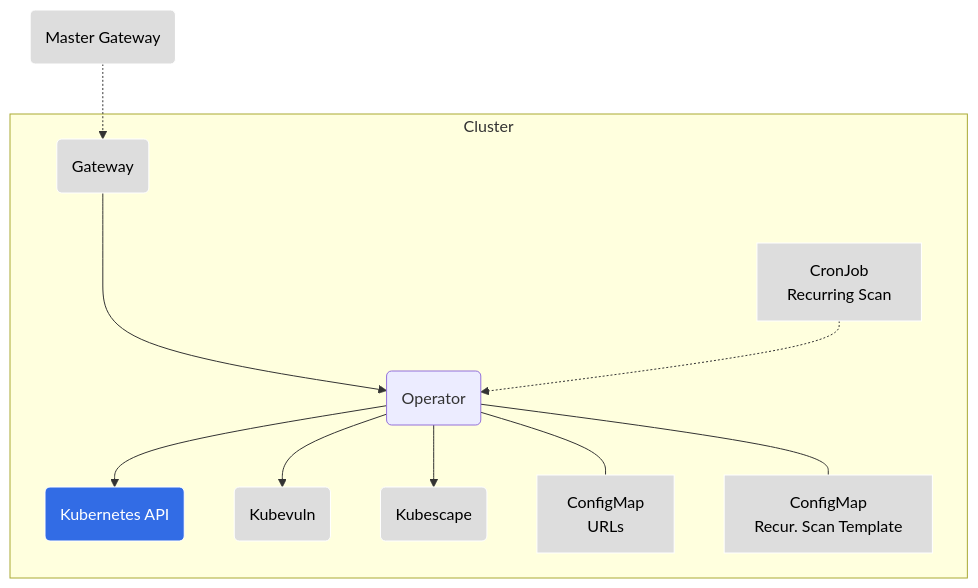
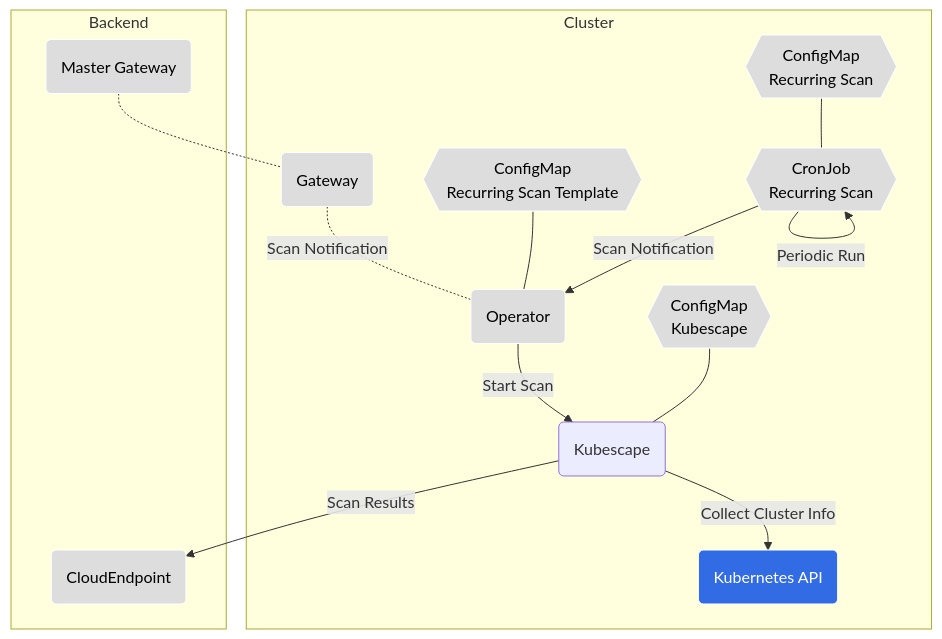
One commit to rmg76/webhook changed the third of 3 diagrams in README.md. Above: the diagram before and after it, drawn with Mermaid. The commit also changed other lines of this file, not shown here.

````diff
--- a/README.md
+++ b/README.md
@@ -42,26 +74,37 @@
 ```mermaid
 graph TB
-  subgraph Cluster
-    gw(Gateway)
+
+subgraph Cluster
+    ks(Kubescape)
+    k8sApi(Kubernetes API)
     operator(Operator)
-    k8sApi(Kubernetes API)
-    kubevuln(Kubevuln)
-    ks(Kubescape)
-    urlCm[ConfigMap<br>URLs]
-    recurringTempCm[ConfigMap<br>Recur. Scan Template]
-    recurringScanCj[CronJob<br>Recurring Scan]
-  end
-   masterGw(Master Gateway) -.-> gw
-    gw ---> operator
-    recurringScanCj -.-> operator
-    operator --> ks
-    operator --> kubevuln
-    operator --> k8sApi
-    operator --- urlCm
-    operator --- recurringTempCm
+    gateway(Gateway)
+    ksCm{{ConfigMap<br>Kubescape}}
+    recurringScanCj{{CronJob<br>Recurring Scan}}
+    recurringScanCm{{ConfigMap<br>Recurring Scan}}
+    recurringTempCm{{ConfigMap<br>Recurring Scan Template}}
+end
 
-  classDef k8s fill:#326ce5,stroke:#fff,stroke-width:1px,color:#fff;
-  classDef plain fill:#ddd,stroke:#fff,stroke-width:1px,color:#000;
-  class k8sApi k8s
-  class ks,gw,masterGw,urlCm,recurringScanCj,recurringTempCm,kubevuln plain
-  ```
+masterGateway .- gateway
+gateway .-|Scan Notification| operator 
+operator -->|Start Scan| ks
+ks-->|Collect Cluster Info|k8sApi
+ksCm --- ks 
+recurringTempCm --- operator
+recurringScanCj -->|Periodic Run| recurringScanCj
+recurringScanCj -->|Scan Notification| operator
+recurringScanCm --- recurringScanCj
+subgraph Backend
+    er(CloudEndpoint)
+    masterGateway("Master Gateway") 
+    ks -->|Scan Results| er
+end;
+
+classDef k8s fill:#326ce5,stroke:#fff,stroke-width:1px,color:#fff;
+classDef plain fill:#ddd,stroke:#fff,stroke-width:1px,color:#000
+
+class k8sApi k8s
+class ksCm,recurringScanCm,operator,er,gateway,masterGateway,recurringScanCj,recurringTempCm plain
+
+
+```
````
